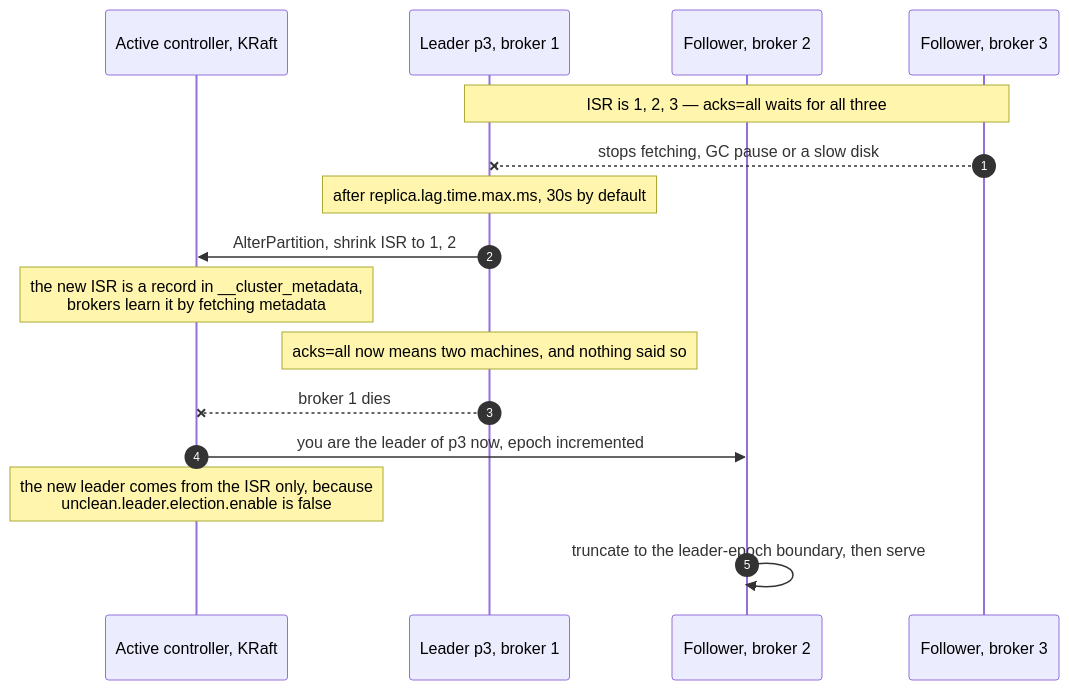
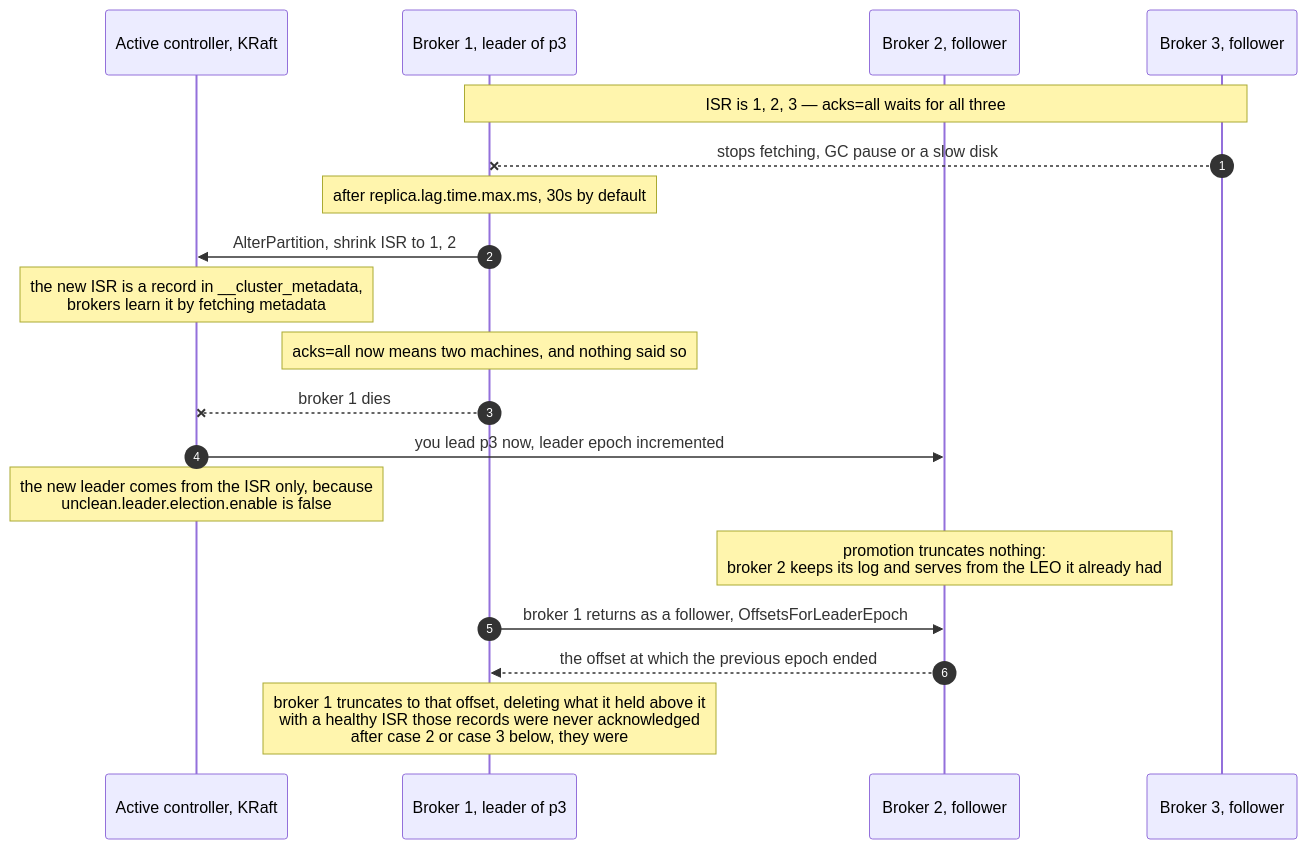
The diagram in docs/static/04-isr-leader-election.md (DmytroLysenko1/Kafka-lab), drawn with Mermaid before and after one commit. The commit also changed 13 other files, not shown here.

Commit message:
fixed four diagram defects and added the transactions case.

````diff
--- a/docs/static/04-isr-leader-election.md
+++ b/docs/static/04-isr-leader-election.md
@@ -9,20 +9,26 @@
 ```mermaid
 sequenceDiagram
     autonumber
     participant CT as Active controller, KRaft
-    participant L as Leader p3, broker 1
-    participant F1 as Follower, broker 2
-    participant F2 as Follower, broker 3
 
-    Note over L,F2: ISR is 1, 2, 3 — acks=all waits for all three
-    F2--xL: stops fetching, GC pause or a slow disk
-    Note over L: after replica.lag.time.max.ms, 30s by default
-    L->>CT: AlterPartition, shrink ISR to 1, 2
+
+    participant B1 as Broker 1, leader of p3
+    participant B2 as Broker 2, follower
+    participant B3 as Broker 3, follower
+
+    Note over B1,B3: ISR is 1, 2, 3 — acks=all waits for all three
+    B3--xB1: stops fetching, GC pause or a slow disk
+    Note over B1: after replica.lag.time.max.ms, 30s by default
+    B1->>CT: AlterPartition, shrink ISR to 1, 2
     Note over CT: the new ISR is a record in __cluster_metadata,<br/>brokers learn it by fetching metadata
-    Note over L: acks=all now means two machines, and nothing said so
+    Note over B1: acks=all now means two machines, and nothing said so
 
-    L--xCT: broker 1 dies
-    CT->>F1: you are the leader of p3 now, epoch incremented
+    B1--xCT: broker 1 dies
+    CT->>B2: you lead p3 now, leader epoch incremented
     Note over CT: the new leader comes from the ISR only, because<br/>unclean.leader.election.enable is false
-    F1->>F1: truncate to the leader-epoch boundary, then serve
+    Note over B2: promotion truncates nothing:<br/>broker 2 keeps its log and serves from the LEO it already had
+
+    B1->>B2: broker 1 returns as a follower, OffsetsForLeaderEpoch
+    B2-->>B1: the offset at which the previous epoch ended
+    Note over B1: broker 1 truncates to that offset, deleting what it held above it<br/>with a healthy ISR those records were never acknowledged<br/>after case 2 or case 3 below, they were
 ```
````
